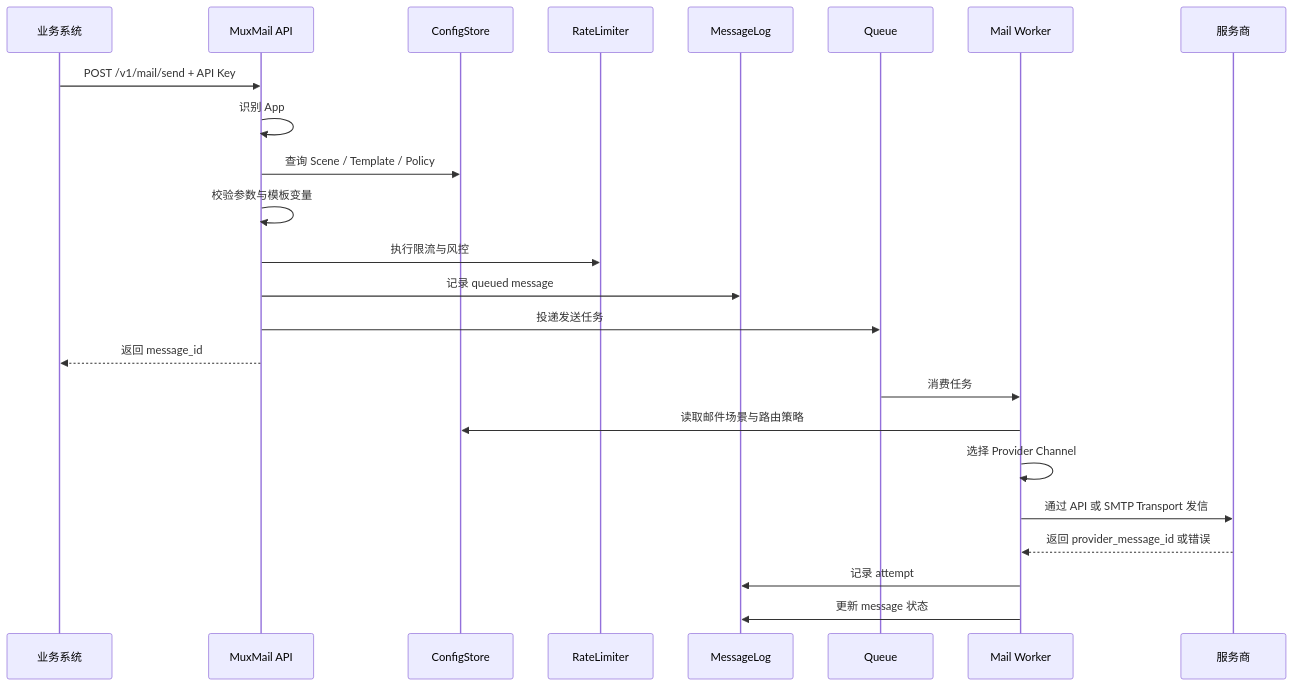
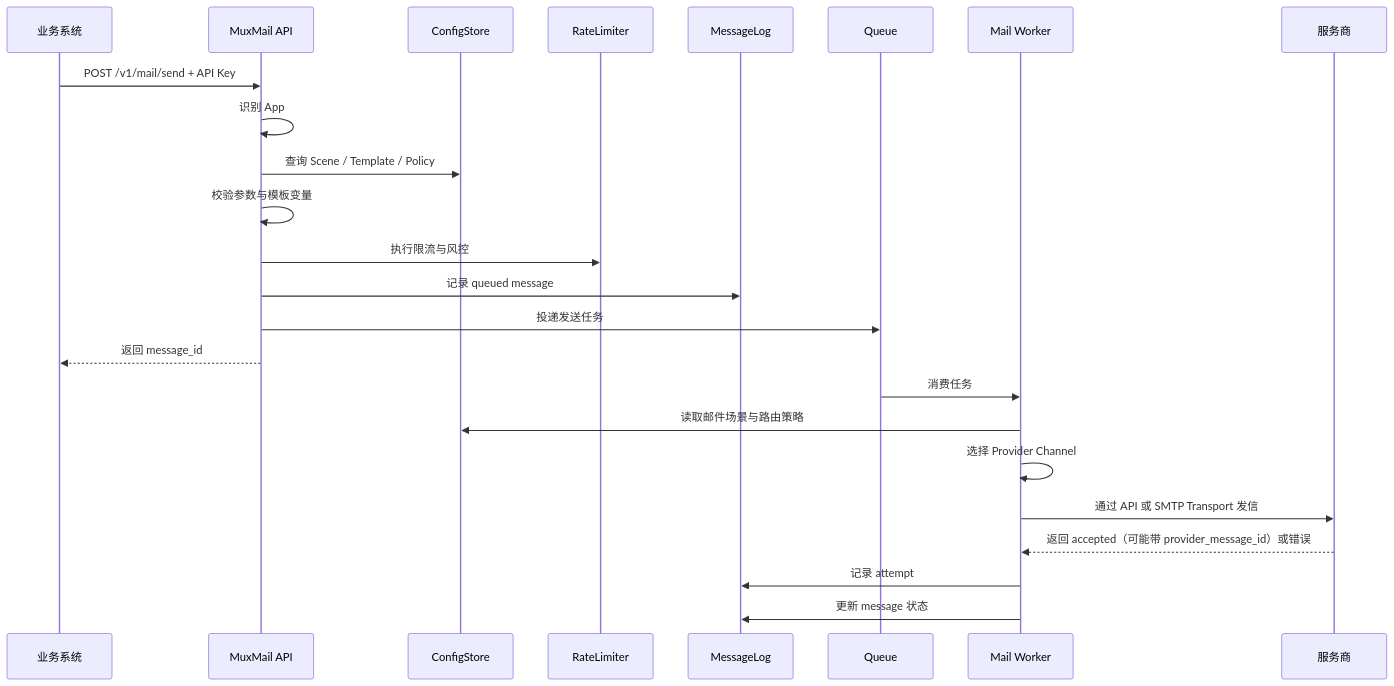
One commit to feng005211/MuxMail changed the second of 4 diagrams in docs/mail-center-design.md. Above: the diagram before and after it, drawn with Mermaid. The commit also changed other lines of this file and 101 other files, not shown here.

Commit message:
Add Lite admin UI and harden webhook and routing flows

````diff
--- a/docs/mail-center-design.md
+++ b/docs/mail-center-design.md
@@ -809,27 +825,27 @@
 ```mermaid
 sequenceDiagram
     participant Biz as 业务系统
     participant API as MuxMail API
     participant CS as ConfigStore
     participant RL as RateLimiter
     participant ML as MessageLog
     participant Q as Queue
     participant W as Mail Worker
     participant P as 服务商
 
     Biz->>API: POST /v1/mail/send + API Key
     API->>API: 识别 App
     API->>CS: 查询 Scene / Template / Policy
     API->>API: 校验参数与模板变量
     API->>RL: 执行限流与风控
     API->>ML: 记录 queued message
     API->>Q: 投递发送任务
     API-->>Biz: 返回 message_id
     Q->>W: 消费任务
     W->>CS: 读取邮件场景与路由策略
     W->>W: 选择 Provider Channel
     W->>P: 通过 API 或 SMTP Transport 发信
-    P-->>W: 返回 provider_message_id 或错误
+    P-->>W: 返回 accepted（可能带 provider_message_id）或错误
     W->>ML: 记录 attempt
     W->>ML: 更新 message 状态
 ```
````
